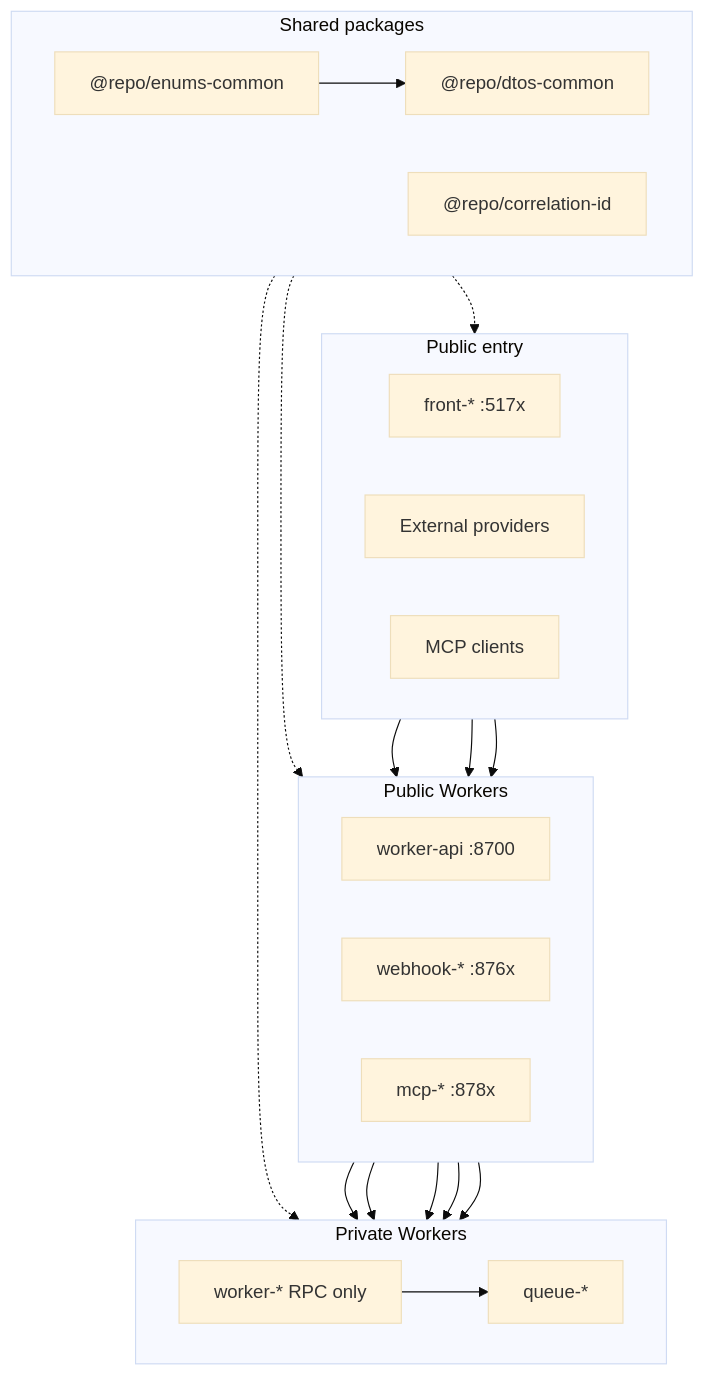
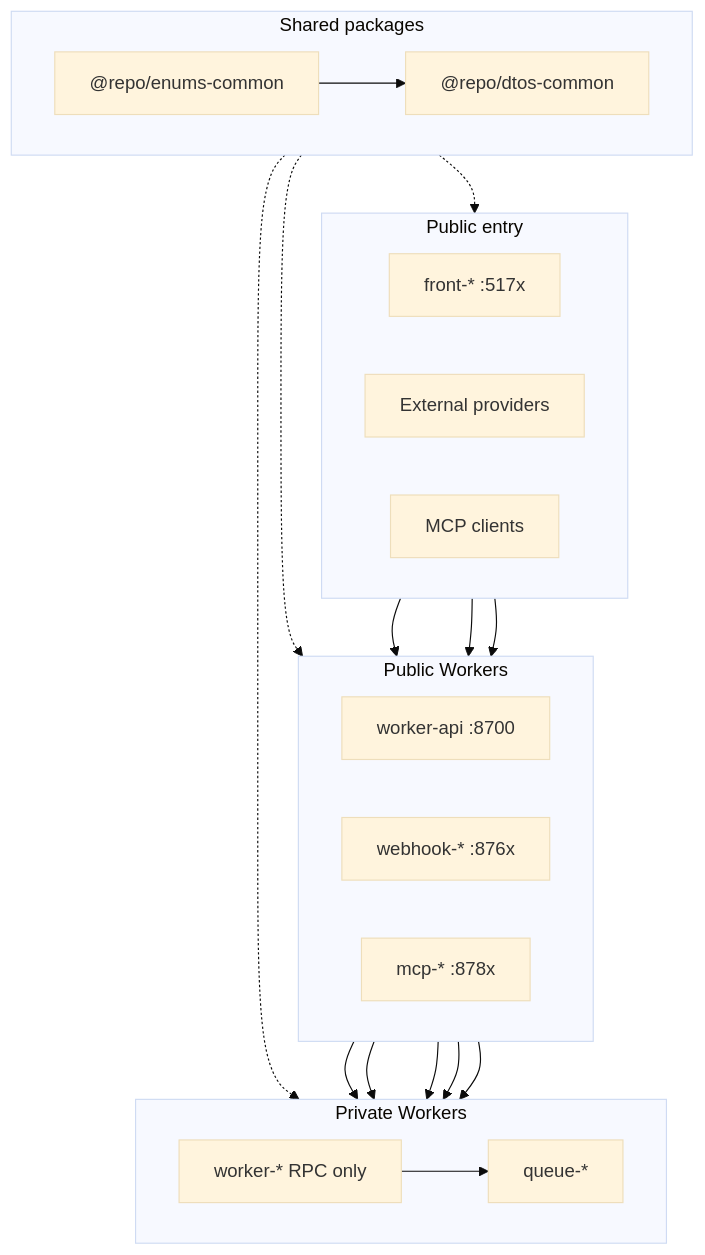
One commit to louisbrulenaudet/monorepo-template changed the diagram in README.md. Above: the diagram before and after it, drawn with Mermaid (base theme). The commit also changed other lines of this file and 157 other files, not shown here.

````diff
--- a/README.md
+++ b/README.md
@@ -13,46 +13,45 @@
 ```mermaid
 flowchart TB
   subgraph entry [Public entry]
     direction LR
     Front["front-* :517x"]
     Ext["External providers"]
     McpClients["MCP clients"]
   end
 
   subgraph publicWorkers [Public Workers]
     direction LR
     Gateway["worker-api :8700"]
     Webhook["webhook-* :876x"]
     Mcp["mcp-* :878x"]
   end
 
   subgraph privateWorkers [Private Workers]
     direction LR
     Biz["worker-* RPC only"]
     Queue["queue-*"]
   end
 
   subgraph shared [Shared packages]
     direction LR
     Enums["@repo/enums-common"]
     DTOs["@repo/dtos-common"]
-    Corr["@repo/correlation-id"]
     Enums --> DTOs
   end
 
   Front --> Gateway
   Ext --> Webhook
   McpClients --> Mcp
 
   Gateway --> Biz
   Webhook --> Biz
   Mcp --> Biz
 
   Gateway --> Queue
   Webhook --> Queue
   Biz --> Queue
 
   shared -.-> Front
   shared -.-> publicWorkers
   shared -.-> privateWorkers
 ```
````
